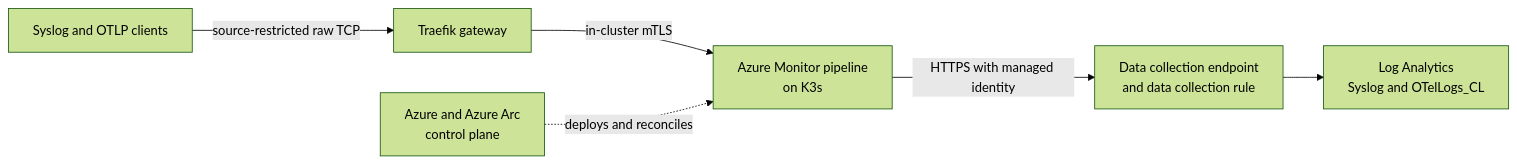
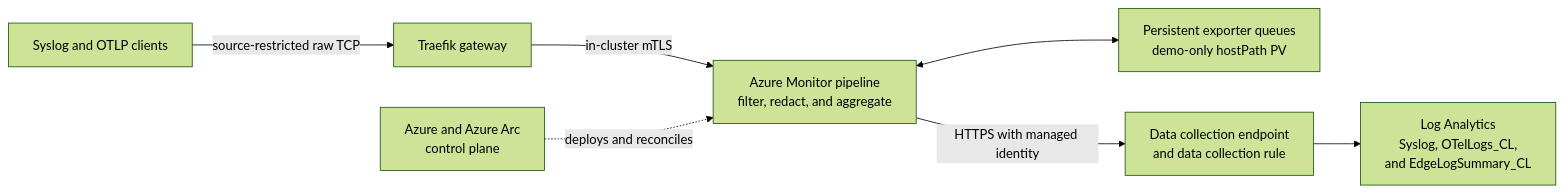
Before and after one commit to kasimrehman/azmon-pipeline-demo: the first of 3 diagrams in docs/architecture.md, drawn with Mermaid (forest theme). The commit also changed other lines of this file and 14 other files, not shown here.

````diff
--- a/docs/architecture.md
+++ b/docs/architecture.md
@@ -13,15 +13,17 @@
 ```mermaid
 flowchart LR
     clients[Syslog and OTLP clients]
     gateway[Traefik gateway]
-    pipeline[Azure Monitor pipeline<br/>on K3s]
+    pipeline[Azure Monitor pipeline<br/>filter, redact, and aggregate]
+    buffer[Persistent exporter queues<br/>demo-only hostPath PV]
     ingestion[Data collection endpoint<br/>and data collection rule]
-    logs[Log Analytics<br/>Syslog and OTelLogs_CL]
+    logs[Log Analytics<br/>Syslog, OTelLogs_CL,<br/>and EdgeLogSummary_CL]
     azure[Azure and Azure Arc<br/>control plane]
 
     clients -->|source-restricted raw TCP| gateway
     gateway -->|in-cluster mTLS| pipeline
+    pipeline <--> buffer
     pipeline -->|HTTPS with managed identity| ingestion
     ingestion --> logs
     azure -. deploys and reconciles .-> pipeline
 ```
````
